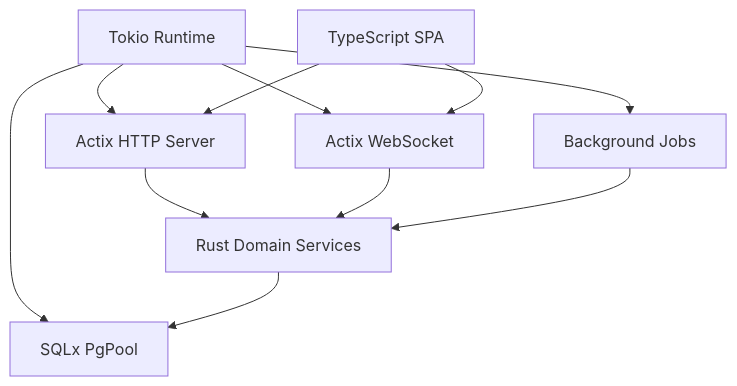
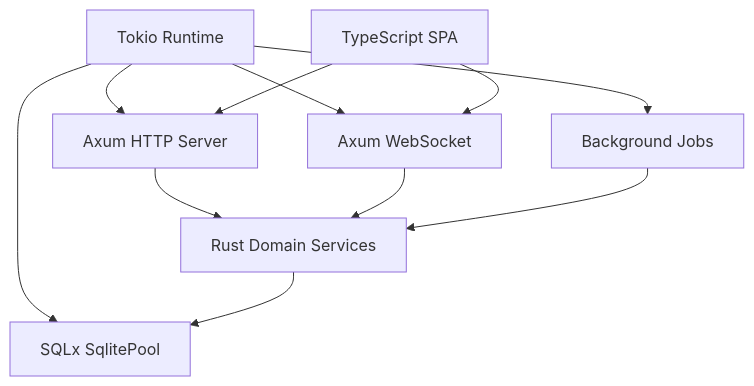
Before and after one commit to lkjsxc/kjxlkj: the diagram in docs/spec/architecture/runtime.md, drawn with Mermaid. The commit also changed other lines of this file and 143 other files, not shown here.

````diff
--- a/docs/spec/architecture/runtime.md
+++ b/docs/spec/architecture/runtime.md
@@ -7,14 +10,14 @@
 ```mermaid
 graph TD
  RT[Tokio Runtime]
- RT --> HTTP[Actix HTTP Server]
- RT --> WS[Actix WebSocket]
+ RT --> HTTP[Axum HTTP Server]
+ RT --> WS[Axum WebSocket]
  RT --> BG[Background Jobs]
- RT --> DBPOOL[SQLx PgPool]
+ RT --> DBPOOL[SQLx SqlitePool]
  UI[TypeScript SPA] --> HTTP
  UI --> WS
  HTTP --> CORE[Rust Domain Services]
  WS --> CORE
  CORE --> DBPOOL
  BG --> CORE
 ```
````
